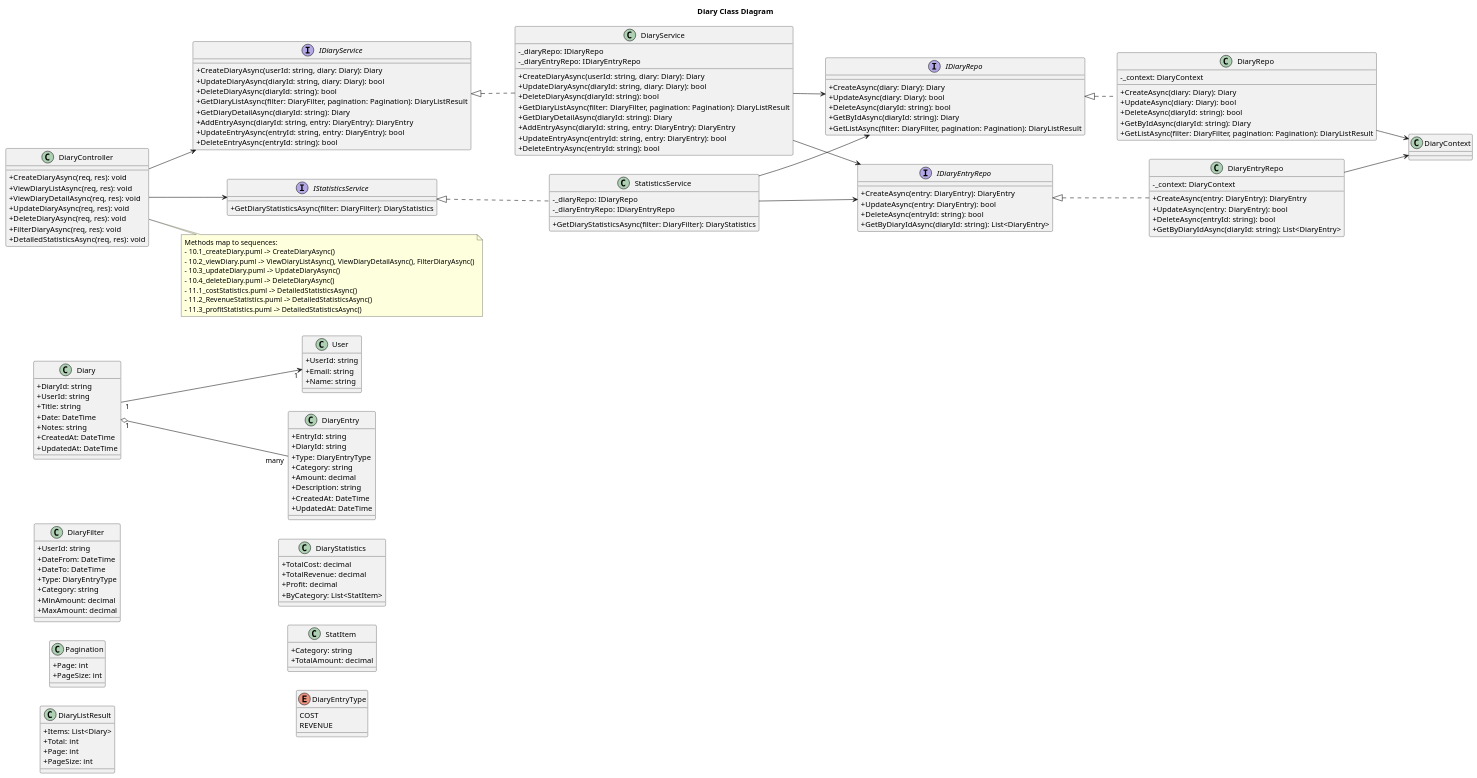
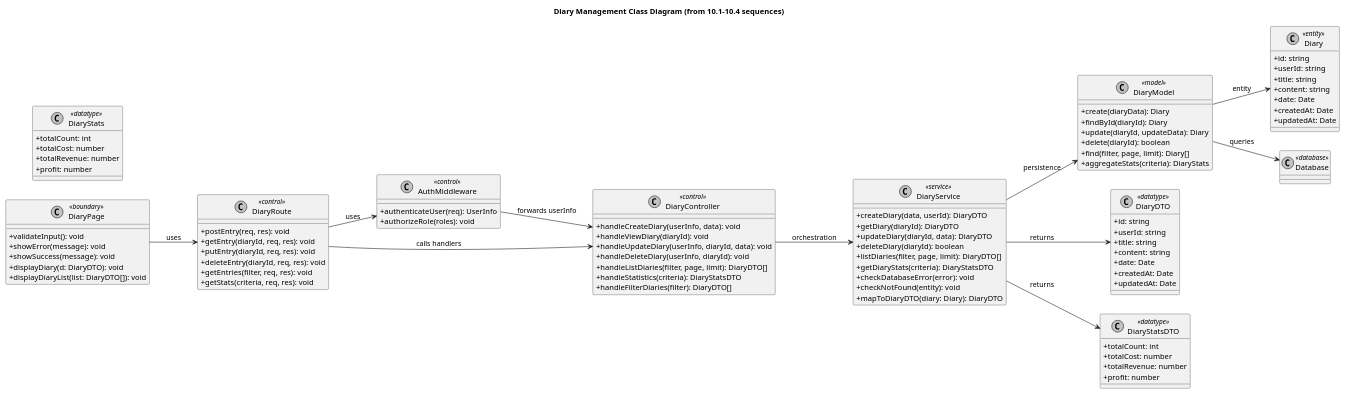
One commit to VietDurian/VietDurian changed the diagram in planuml/classdiagram/DiaryManagement.puml. Above: the diagram before and after it, drawn with PlantUML. The commit also changed 7 other files, not shown here.

```diff
--- a/planuml/classdiagram/DiaryManagement.puml
+++ b/planuml/classdiagram/DiaryManagement.puml
@@ -1,201 +1,109 @@
-@startuml
+@startuml DiaryManagement
+skinparam monochrome true
+skinparam shadowing false
 skinparam classAttributeIconSize 0
 left to right direction
 
-title Diary Class Diagram
+title Diary Management Class Diagram (from 10.1–10.4 sequences)
 
-' =======================
-' ======= ENTITIES ======
-' =======================
-
-class User {
-  +UserId: string
-  +Email: string
-  +Name: string
+class DiaryPage <<boundary>> {
+  +validateInput(): void
+  +showError(message): void
+  +showSuccess(message): void
+  +displayDiary(d: DiaryDTO): void
+  +displayDiaryList(list: DiaryDTO[]): void
 }
 
-class Diary {
-  +DiaryId: string
-  +UserId: string
-  +Title: string
-  +Date: DateTime
-  +Notes: string
-  +CreatedAt: DateTime
-  +UpdatedAt: DateTime
+class DiaryRoute <<control>> {
+  +postEntry(req, res): void
+  +getEntry(diaryId, req, res): void
+  +putEntry(diaryId, req, res): void
+  +deleteEntry(diaryId, req, res): void
+  +getEntries(filter, req, res): void
+  +getStats(criteria, req, res): void
 }
 
-class DiaryEntry {
-  +EntryId: string
-  +DiaryId: string
-  +Type: DiaryEntryType
-  +Category: string
-  +Amount: decimal
-  +Description: string
-  +CreatedAt: DateTime
-  +UpdatedAt: DateTime
+class AuthMiddleware <<control>> {
+  +authenticateUser(req): UserInfo
+  +authorizeRole(roles): void
 }
 
-class DiaryFilter {
-  +UserId: string
-  +DateFrom: DateTime
-  +DateTo: DateTime
-  +Type: DiaryEntryType
-  +Category: string
-  +MinAmount: decimal
-  +MaxAmount: decimal
+class DiaryController <<control>> {
+  +handleCreateDiary(userInfo, data): void
+  +handleViewDiary(diaryId): void
+  +handleUpdateDiary(userInfo, diaryId, data): void
+  +handleDeleteDiary(userInfo, diaryId): void
+  +handleListDiaries(filter, page, limit): DiaryDTO[]
+  +handleStatistics(criteria): DiaryStatsDTO
+  +handleFilterDiaries(filter): DiaryDTO[]
 }
 
-class Pagination {
-  +Page: int
-  +PageSize: int
+class DiaryService <<service>> {
+  +createDiary(data, userId): DiaryDTO
+  +getDiary(diaryId): DiaryDTO
+  +updateDiary(diaryId, data): DiaryDTO
+  +deleteDiary(diaryId): boolean
+  +listDiaries(filter, page, limit): DiaryDTO[]
+  +getDiaryStats(criteria): DiaryStatsDTO
+  +checkDatabaseError(error): void
+  +checkNotFound(entity): void
+  +mapToDiaryDTO(diary: Diary): DiaryDTO
 }
 
-class DiaryListResult {
-  +Items: List<Diary>
-  +Total: int
-  +Page: int
-  +PageSize: int
+class DiaryModel <<model>> {
+  +create(diaryData): Diary
+  +findById(diaryId): Diary
+  +update(diaryId, updateData): Diary
+  +delete(diaryId): boolean
+  +find(filter, page, limit): Diary[]
+  +aggregateStats(criteria): DiaryStats
 }
 
-class DiaryStatistics {
-  +TotalCost: decimal
-  +TotalRevenue: decimal
-  +Profit: decimal
-  +ByCategory: List<StatItem>
+class Diary <<entity>> {
+  +id: string
+  +userId: string
+  +title: string
+  +content: string
+  +date: Date
+  +createdAt: Date
+  +updatedAt: Date
 }
 
-class StatItem {
-  +Category: string
-  +TotalAmount: decimal
+class DiaryDTO <<datatype>> {
+  +id: string
+  +userId: string
+  +title: string
+  +content: string
+  +date: Date
+  +createdAt: Date
+  +updatedAt: Date
 }
 
-enum DiaryEntryType {
-  COST
-  REVENUE
+class DiaryStats <<datatype>> {
+  +totalCount: int
+  +totalCost: number
+  +totalRevenue: number
+  +profit: number
 }
 
-' =======================
-' ======= SERVICES ======
-' =======================
-
-interface IDiaryService {
-  +CreateDiaryAsync(userId: string, diary: Diary): Diary
-  +UpdateDiaryAsync(diaryId: string, diary: Diary): bool
-  +DeleteDiaryAsync(diaryId: string): bool
-  +GetDiaryListAsync(filter: DiaryFilter, pagination: Pagination): DiaryListResult
-  +GetDiaryDetailAsync(diaryId: string): Diary
-  +AddEntryAsync(diaryId: string, entry: DiaryEntry): DiaryEntry
-  +UpdateEntryAsync(entryId: string, entry: DiaryEntry): bool
-  +DeleteEntryAsync(entryId: string): bool
+class DiaryStatsDTO <<datatype>> {
+  +totalCount: int
+  +totalCost: number
+  +totalRevenue: number
+  +profit: number
 }
 
-class DiaryService {
-  -_diaryRepo: IDiaryRepo
-  -_diaryEntryRepo: IDiaryEntryRepo
-  +CreateDiaryAsync(userId: string, diary: Diary): Diary
-  +UpdateDiaryAsync(diaryId: string, diary: Diary): bool
-  +DeleteDiaryAsync(diaryId: string): bool
-  +GetDiaryListAsync(filter: DiaryFilter, pagination: Pagination): DiaryListResult
-  +GetDiaryDetailAsync(diaryId: string): Diary
-  +AddEntryAsync(diaryId: string, entry: DiaryEntry): DiaryEntry
-  +UpdateEntryAsync(entryId: string, entry: DiaryEntry): bool
-  +DeleteEntryAsync(entryId: string): bool
-}
+class Database <<database>>
 
-IDiaryService <|.. DiaryService
-
-interface IStatisticsService {
-  +GetDiaryStatisticsAsync(filter: DiaryFilter): DiaryStatistics
-}
-
-class StatisticsService {
-  -_diaryRepo: IDiaryRepo
-  -_diaryEntryRepo: IDiaryEntryRepo
-  +GetDiaryStatisticsAsync(filter: DiaryFilter): DiaryStatistics
-}
-
-IStatisticsService <|.. StatisticsService
-
-class DiaryController {
-  +CreateDiaryAsync(req, res): void
-  +ViewDiaryListAsync(req, res): void
-  +ViewDiaryDetailAsync(req, res): void
-  +UpdateDiaryAsync(req, res): void
-  +DeleteDiaryAsync(req, res): void
-  +FilterDiaryAsync(req, res): void
-  +DetailedStatisticsAsync(req, res): void
-}
-
-' =======================
-' ===== REPOSITORIES ====
-' =======================
-
-interface IDiaryRepo {
-  +CreateAsync(diary: Diary): Diary
-  +UpdateAsync(diary: Diary): bool
-  +DeleteAsync(diaryId: string): bool
-  +GetByIdAsync(diaryId: string): Diary
-  +GetListAsync(filter: DiaryFilter, pagination: Pagination): DiaryListResult
-}
-
-class DiaryRepo {
-  -_context: DiaryContext
-  +CreateAsync(diary: Diary): Diary
-  +UpdateAsync(diary: Diary): bool
-  +DeleteAsync(diaryId: string): bool
-  +GetByIdAsync(diaryId: string): Diary
-  +GetListAsync(filter: DiaryFilter, pagination: Pagination): DiaryListResult
-}
-
-IDiaryRepo <|.. DiaryRepo
-
-interface IDiaryEntryRepo {
-  +CreateAsync(entry: DiaryEntry): DiaryEntry
-  +UpdateAsync(entry: DiaryEntry): bool
-  +DeleteAsync(entryId: string): bool
-  +GetByDiaryIdAsync(diaryId: string): List<DiaryEntry>
-}
-
-class DiaryEntryRepo {
-  -_context: DiaryContext
-  +CreateAsync(entry: DiaryEntry): DiaryEntry
-  +UpdateAsync(entry: DiaryEntry): bool
-  +DeleteAsync(entryId: string): bool
-  +GetByDiaryIdAsync(diaryId: string): List<DiaryEntry>
-}
-
-IDiaryEntryRepo <|.. DiaryEntryRepo
-
-class DiaryContext
-
-' =======================
-' ===== RELATIONSHIPS ===
-' =======================
-
-DiaryController --> IDiaryService
-DiaryController --> IStatisticsService
-
-DiaryService --> IDiaryRepo
-DiaryService --> IDiaryEntryRepo
-
-StatisticsService --> IDiaryRepo
-StatisticsService --> IDiaryEntryRepo
-
-DiaryRepo --> DiaryContext
-DiaryEntryRepo --> DiaryContext
-
-Diary "1" o-- "many" DiaryEntry
-Diary "1" --> "1" User
-
-note right of DiaryController
-  Methods map to sequences:
-  - 10.1_createDiary.puml -> CreateDiaryAsync()
-  - 10.2_viewDiary.puml -> ViewDiaryListAsync(), ViewDiaryDetailAsync(), FilterDiaryAsync()
-  - 10.3_updateDiary.puml -> UpdateDiaryAsync()
-  - 10.4_deleteDiary.puml -> DeleteDiaryAsync()
-  - 11.1_costStatistics.puml -> DetailedStatisticsAsync()
-  - 11.2_RevenueStatistics.puml -> DetailedStatisticsAsync()
-  - 11.3_profitStatistics.puml -> DetailedStatisticsAsync()
-end note
+DiaryPage --> DiaryRoute : uses
+DiaryRoute --> AuthMiddleware : uses
+AuthMiddleware --> DiaryController : forwards userInfo
+DiaryRoute --> DiaryController : calls handlers
+DiaryController --> DiaryService : orchestration
+DiaryService --> DiaryModel : persistence
+DiaryModel --> Database : queries
+DiaryService --> DiaryDTO : returns
+DiaryService --> DiaryStatsDTO : returns
+DiaryModel --> Diary : entity
 
 @enduml
```
